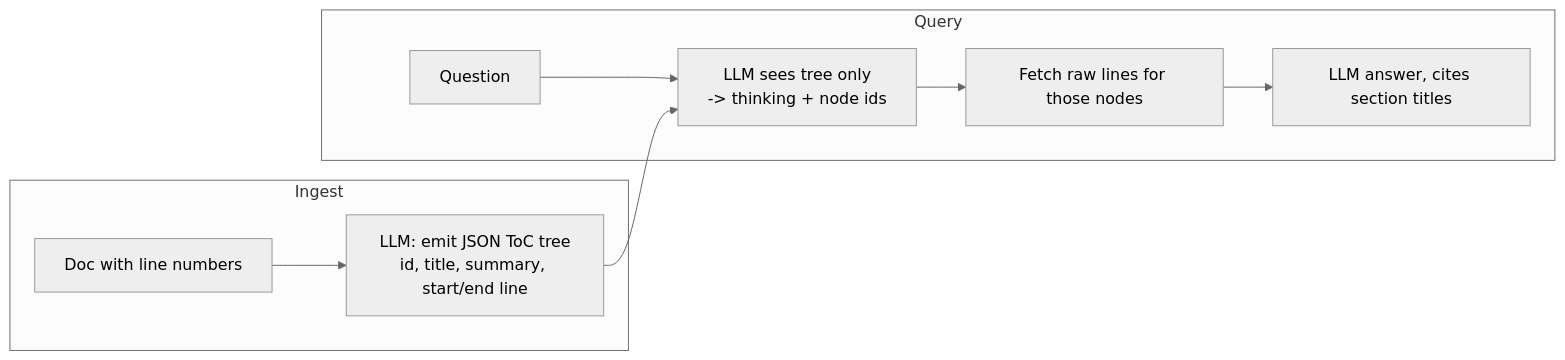
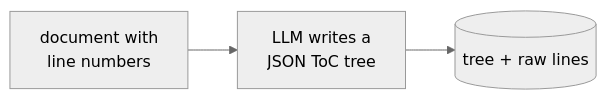
The first of 2 diagrams in notes/variants/index/Vectorless RAG.md (whrui720/GraphRAG_playground), drawn with Mermaid (neutral theme) before and after one commit. The commit also changed other lines of this file and 65 other files, not shown here.

Commit message:
fixed + added more diagrams

````diff
--- a/notes/variants/index/Vectorless RAG.md
+++ b/notes/variants/index/Vectorless RAG.md
@@ -25,11 +25,4 @@
 ```mermaid
 flowchart LR
-  subgraph Ingest
-    D[Doc with line numbers] --> T[LLM: emit JSON ToC tree<br/>id, title, summary, start/end line]
-  end
-  subgraph Query
-    Q[Question] --> R[LLM sees tree only<br/>-> thinking + node ids]
-    T --> R
-    R --> F[Fetch raw lines for those nodes] --> A[LLM answer, cites section titles]
-  end
+  D[document with<br/>line numbers] --> T[LLM writes a<br/>JSON ToC tree] --> S[(tree + raw lines)]
 ```
````
